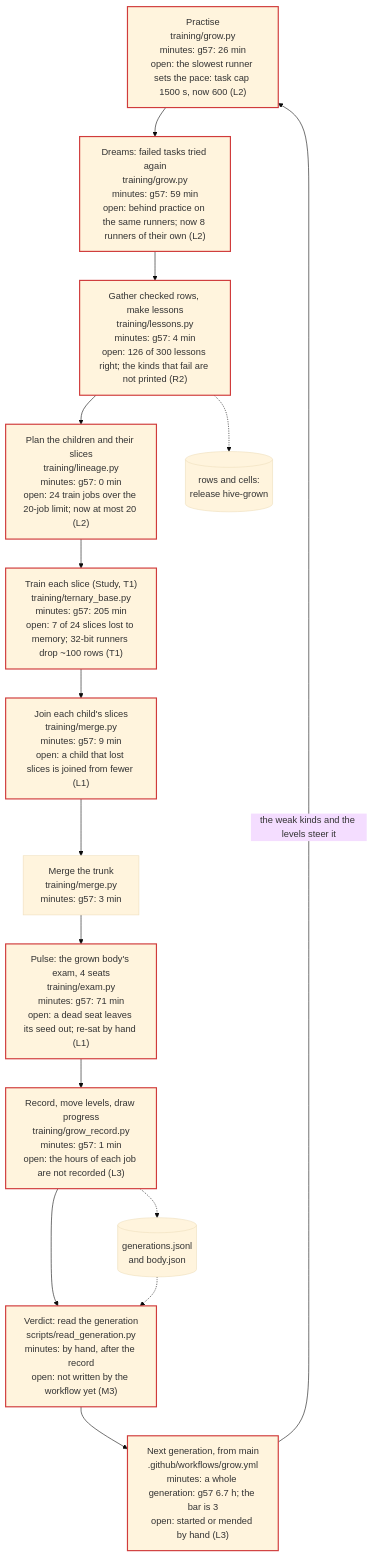
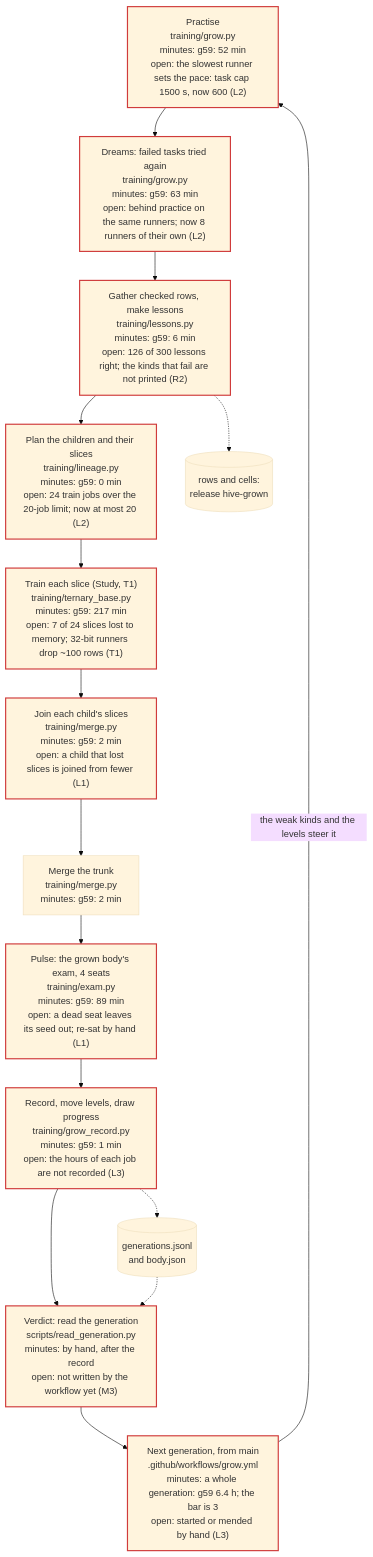
The first of 4 diagrams in docs/KNOWLEDGE.md (Arnav123-s/HiveMIND), drawn with Mermaid (base theme) before and after one commit. The commit also changed 17 other files, not shown here.

Commit message:
The hive's body: generation g59

````diff
--- a/docs/KNOWLEDGE.md
+++ b/docs/KNOWLEDGE.md
@@ -11,31 +11,31 @@
 ```mermaid
 flowchart TD
-  practise["Practise<br/>training/grow.py<br/>minutes: g57: 26 min<br/>open: the slowest runner sets the pace: task cap 1500 s, now 600 (L2)"]:::open
-  dreams["Dreams: failed tasks tried again<br/>training/grow.py<br/>minutes: g57: 59 min<br/>open: behind practice on the same runners; now 8 runners of their own (L2)"]:::open
-  gather["Gather checked rows, make lessons<br/>training/lessons.py<br/>minutes: g57: 4 min<br/>open: 126 of 300 lessons right; the kinds that fail are not printed (R2)"]:::open
-  plan["Plan the children and their slices<br/>training/lineage.py<br/>minutes: g57: 0 min<br/>open: 24 train jobs over the 20-job limit; now at most 20 (L2)"]:::open
-  trainc["Train each slice (Study, T1)<br/>training/ternary_base.py<br/>minutes: g57: 205 min<br/>open: 7 of 24 slices lost to memory; 32-bit runners drop ~100 rows (T1)"]:::open
-  join["Join each child's slices<br/>training/merge.py<br/>minutes: g57: 9 min<br/>open: a child that lost slices is joined from fewer (L1)"]:::open
-  trunk["Merge the trunk<br/>training/merge.py<br/>minutes: g57: 3 min"]
-  pulse["Pulse: the grown body's exam, 4 seats<br/>training/exam.py<br/>minutes: g57: 71 min<br/>open: a dead seat leaves its seed out; re-sat by hand (L1)"]:::open
-  recordg["Record, move levels, draw progress<br/>training/grow_record.py<br/>minutes: g57: 1 min<br/>open: the hours of each job are not recorded (L3)"]:::open
+  practise["Practise<br/>training/grow.py<br/>minutes: g59: 52 min<br/>open: the slowest runner sets the pace: task cap 1500 s, now 600 (L2)"]:::open
+  dreams["Dreams: failed tasks tried again<br/>training/grow.py<br/>minutes: g59: 63 min<br/>open: behind practice on the same runners; now 8 runners of their own (L2)"]:::open
+  gather["Gather checked rows, make lessons<br/>training/lessons.py<br/>minutes: g59: 6 min<br/>open: 126 of 300 lessons right; the kinds that fail are not printed (R2)"]:::open
+  plan["Plan the children and their slices<br/>training/lineage.py<br/>minutes: g59: 0 min<br/>open: 24 train jobs over the 20-job limit; now at most 20 (L2)"]:::open
+  trainc["Train each slice (Study, T1)<br/>training/ternary_base.py<br/>minutes: g59: 217 min<br/>open: 7 of 24 slices lost to memory; 32-bit runners drop ~100 rows (T1)"]:::open
+  join["Join each child's slices<br/>training/merge.py<br/>minutes: g59: 2 min<br/>open: a child that lost slices is joined from fewer (L1)"]:::open
+  trunk["Merge the trunk<br/>training/merge.py<br/>minutes: g59: 2 min"]
+  pulse["Pulse: the grown body's exam, 4 seats<br/>training/exam.py<br/>minutes: g59: 89 min<br/>open: a dead seat leaves its seed out; re-sat by hand (L1)"]:::open
+  recordg["Record, move levels, draw progress<br/>training/grow_record.py<br/>minutes: g59: 1 min<br/>open: the hours of each job are not recorded (L3)"]:::open
   verdictg["Verdict: read the generation<br/>scripts/read_generation.py<br/>minutes: by hand, after the record<br/>open: not written by the workflow yet (M3)"]:::open
-  nextg["Next generation, from main<br/>.github/workflows/grow.yml<br/>minutes: a whole generation: g57 6.7 h; the bar is 3<br/>open: started or mended by hand (L3)"]:::open
+  nextg["Next generation, from main<br/>.github/workflows/grow.yml<br/>minutes: a whole generation: g59 6.4 h; the bar is 3<br/>open: started or mended by hand (L3)"]:::open
   practise --> dreams
   dreams --> gather
   gather --> plan
   plan --> trainc
   trainc --> join
   join --> trunk
   trunk --> pulse
   pulse --> recordg
   recordg --> verdictg
   verdictg --> nextg
   nextg -->|"the weak kinds and the levels steer it"| practise
   rel[("rows and cells:<br/>release hive-grown")]
   rec[("generations.jsonl<br/>and body.json")]
   gather -.-> rel
   recordg -.-> rec
   rec -.-> verdictg
   classDef open stroke:#d03b3b,stroke-width:2px
 ```
````
